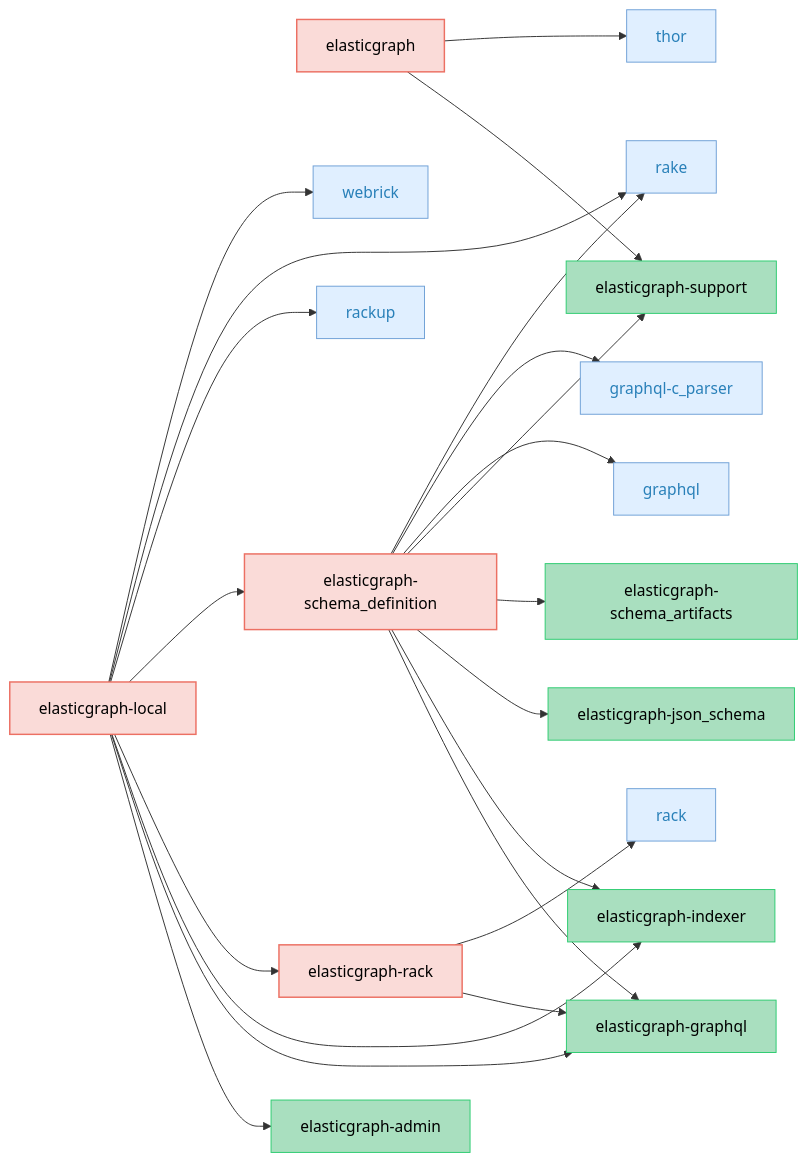
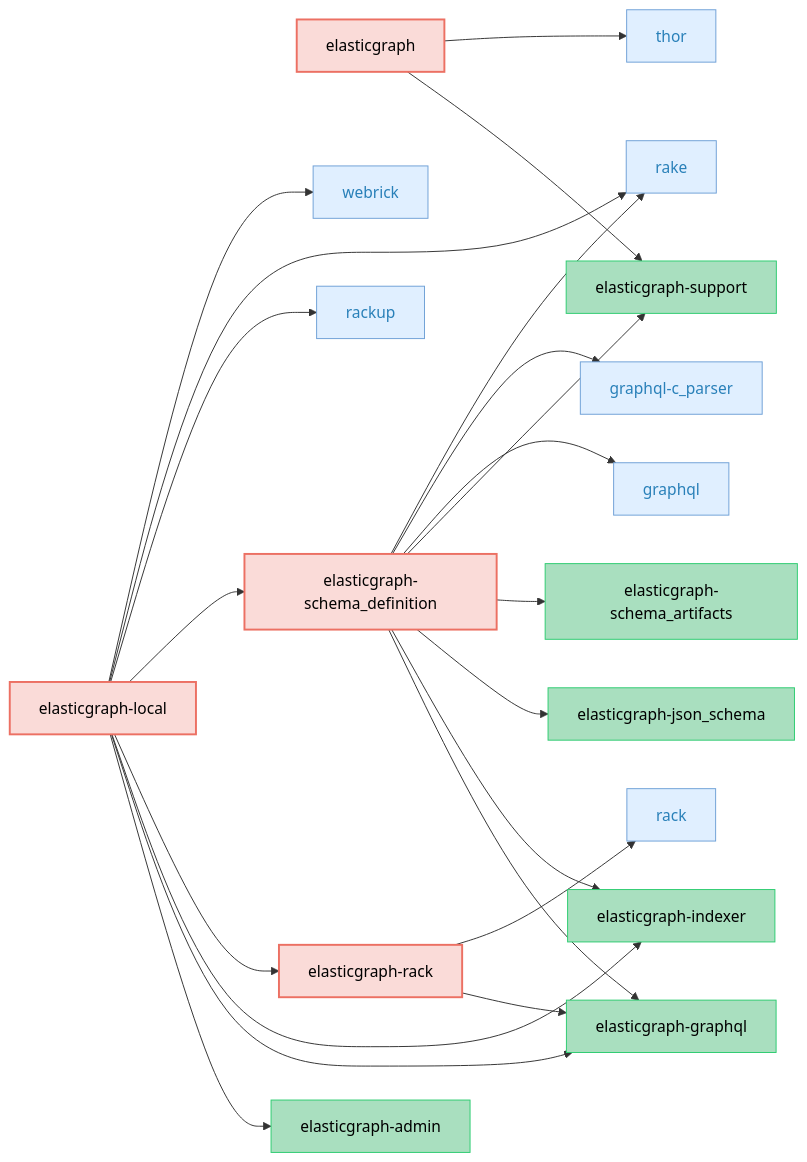
One commit to block/elasticgraph changed the fifth of 5 diagrams in CODEBASE_OVERVIEW.md. Above: the diagram before and after it, drawn with Mermaid. The commit also changed other lines of this file and 23 other files, not shown here.

````diff
--- a/CODEBASE_OVERVIEW.md
+++ b/CODEBASE_OVERVIEW.md
@@ -275,67 +275,67 @@
 ```mermaid
 graph LR;
-    classDef currentCategoryGemStyle fill:#FADBD8,stroke:#EC7063,color:#000,stroke-width:1.5px;
+    classDef targetGemStyle fill:#FADBD8,stroke:#EC7063,color:#000,stroke-width:2px;
     classDef otherEgGemStyle fill:#A9DFBF,stroke:#2ECC71,color:#000;
     classDef externalGemCatStyle fill:#E0EFFF,stroke:#70A1D7,color:#2980B9;
     elasticgraph["elasticgraph"];
     elasticgraph-support["elasticgraph-support"];
     thor["thor"];
     elasticgraph-local["elasticgraph-local"];
     elasticgraph-admin["elasticgraph-admin"];
     elasticgraph-graphql["elasticgraph-graphql"];
     elasticgraph-indexer["elasticgraph-indexer"];
     elasticgraph-rack["elasticgraph-rack"];
     elasticgraph-schema_definition["elasticgraph-schema_definition"];
     rackup["rackup"];
     rake["rake"];
     webrick["webrick"];
     rack["rack"];
     elasticgraph-json_schema["elasticgraph-json_schema"];
     elasticgraph-schema_artifacts["elasticgraph-schema_artifacts"];
     graphql["graphql"];
     graphql-c_parser["graphql-c_parser"];
     elasticgraph --> elasticgraph-support;
     elasticgraph --> thor;
     elasticgraph-local --> elasticgraph-admin;
     elasticgraph-local --> elasticgraph-graphql;
     elasticgraph-local --> elasticgraph-indexer;
     elasticgraph-local --> elasticgraph-rack;
     elasticgraph-local --> elasticgraph-schema_definition;
     elasticgraph-local --> rackup;
     elasticgraph-local --> rake;
     elasticgraph-local --> webrick;
     elasticgraph-rack --> elasticgraph-graphql;
     elasticgraph-rack --> rack;
     elasticgraph-schema_definition --> elasticgraph-graphql;
     elasticgraph-schema_definition --> elasticgraph-indexer;
     elasticgraph-schema_definition --> elasticgraph-json_schema;
     elasticgraph-schema_definition --> elasticgraph-schema_artifacts;
     elasticgraph-schema_definition --> elasticgraph-support;
     elasticgraph-schema_definition --> graphql;
     elasticgraph-schema_definition --> graphql-c_parser;
     elasticgraph-schema_definition --> rake;
-    class elasticgraph currentCategoryGemStyle;
+    class elasticgraph targetGemStyle;
     class elasticgraph-support otherEgGemStyle;
     class thor externalGemCatStyle;
-    class elasticgraph-local currentCategoryGemStyle;
+    class elasticgraph-local targetGemStyle;
     class elasticgraph-admin otherEgGemStyle;
     class elasticgraph-graphql otherEgGemStyle;
     class elasticgraph-indexer otherEgGemStyle;
-    class elasticgraph-rack currentCategoryGemStyle;
-    class elasticgraph-schema_definition currentCategoryGemStyle;
+    class elasticgraph-rack targetGemStyle;
+    class elasticgraph-schema_definition targetGemStyle;
     class rackup externalGemCatStyle;
     class rake externalGemCatStyle;
     class webrick externalGemCatStyle;
     class rack externalGemCatStyle;
     class elasticgraph-json_schema otherEgGemStyle;
     class elasticgraph-schema_artifacts otherEgGemStyle;
     class graphql externalGemCatStyle;
     class graphql-c_parser externalGemCatStyle;
     click thor href "https://rubygems.org/gems/thor" "Open on RubyGems.org" _blank;
     click rackup href "https://rubygems.org/gems/rackup" "Open on RubyGems.org" _blank;
     click rake href "https://rubygems.org/gems/rake" "Open on RubyGems.org" _blank;
     click webrick href "https://rubygems.org/gems/webrick" "Open on RubyGems.org" _blank;
     click rack href "https://rubygems.org/gems/rack" "Open on RubyGems.org" _blank;
     click graphql href "https://rubygems.org/gems/graphql" "Open on RubyGems.org" _blank;
     click graphql-c_parser href "https://rubygems.org/gems/graphql-c_parser" "Open on RubyGems.org" _blank;
 ```
````
